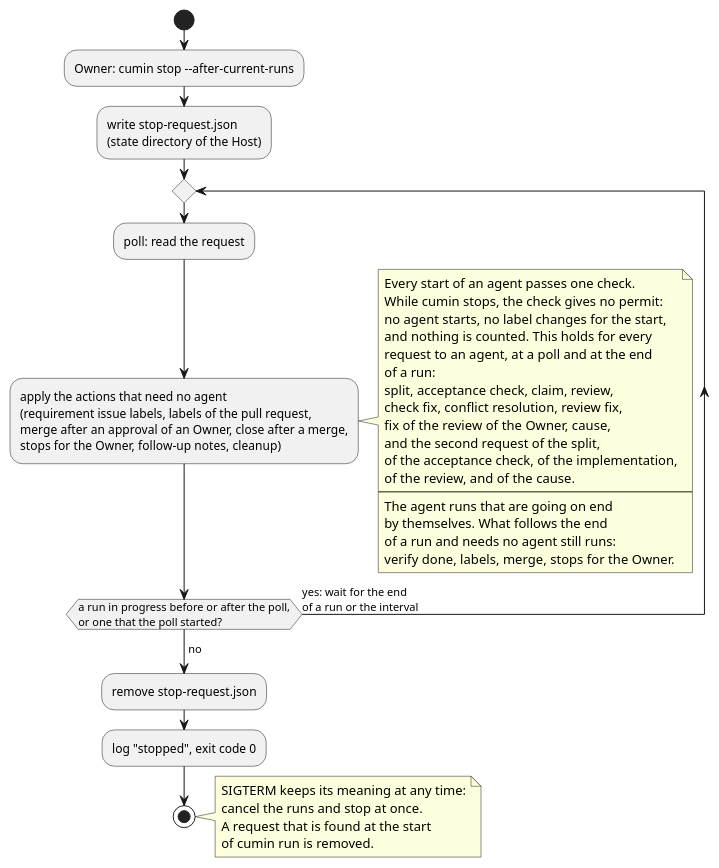
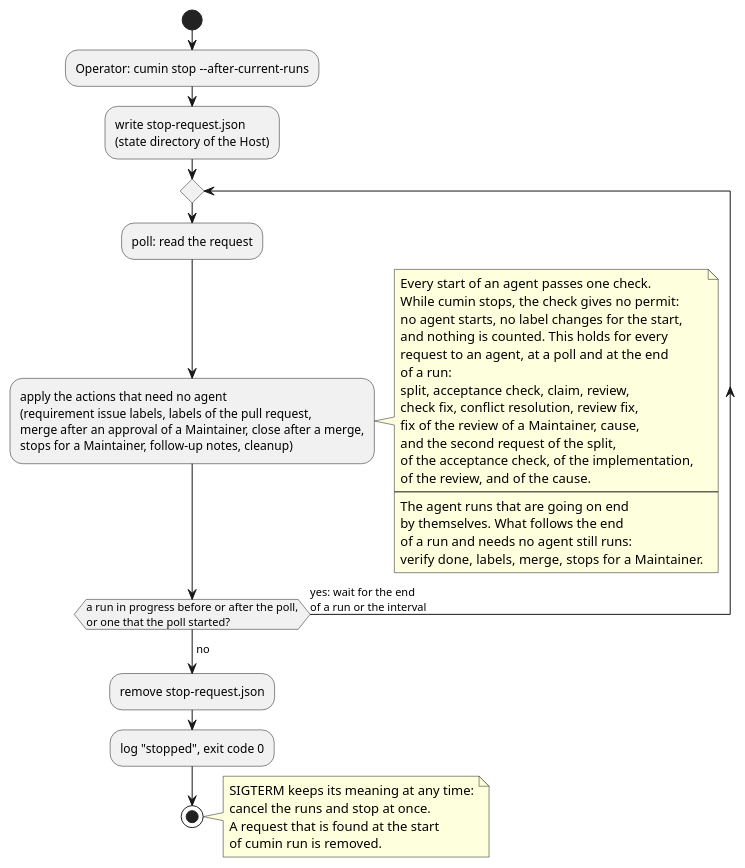
Before and after one commit to cloveclovedev/cumin-works: the diagram in docs/ja/designs/cumin-stop-after-runs.puml, drawn with PlantUML. The commit also changed 22 other files, not shown here.

```diff
--- a/docs/ja/designs/cumin-stop-after-runs.puml
+++ b/docs/ja/designs/cumin-stop-after-runs.puml
@@ -1,49 +1,49 @@
 @startuml cumin-stop-after-runs
 ' cumin works - the stop after the current runs: cumin finishes the agent runs and starts no new work before it exits.
 ' Document: cumin-core.md, topic on the stop after the runs.
 ' Render: run scripts/render-diagrams.sh at the root of the repository.
 skinparam shadowing false
 skinparam defaultFontName sans-serif
 
 start
-:Owner: cumin stop --after-current-runs;
+:Operator: cumin stop --after-current-runs;
 :write stop-request.json
 (state directory of the Host);
 repeat
   :poll: read the request;
   :apply the actions that need no agent
   (requirement issue labels, labels of the pull request,
-  merge after an approval of an Owner, close after a merge,
-  stops for the Owner, follow-up notes, cleanup);
+  merge after an approval of a Maintainer, close after a merge,
+  stops for a Maintainer, follow-up notes, cleanup);
   note right
     Every start of an agent passes one check.
     While cumin stops, the check gives no permit:
     no agent starts, no label changes for the start,
     and nothing is counted. This holds for every
     request to an agent, at a poll and at the end
     of a run:
     split, acceptance check, claim, review,
     check fix, conflict resolution, review fix,
-    fix of the review of the Owner, cause,
+    fix of the review of a Maintainer, cause,
     and the second request of the split,
     of the acceptance check, of the implementation,
     of the review, and of the cause.
     ----
     The agent runs that are going on end
     by themselves. What follows the end
     of a run and needs no agent still runs:
-    verify done, labels, merge, stops for the Owner.
+    verify done, labels, merge, stops for a Maintainer.
   end note
 repeat while (a run in progress before or after the poll,\nor one that the poll started?) is (yes: wait for the end\nof a run or the interval)
 ->no;
 :remove stop-request.json;
 :log "stopped", exit code 0;
 stop
 
 note right
   SIGTERM keeps its meaning at any time:
   cancel the runs and stop at once.
   A request that is found at the start
   of cumin run is removed.
 end note
 @enduml
```
